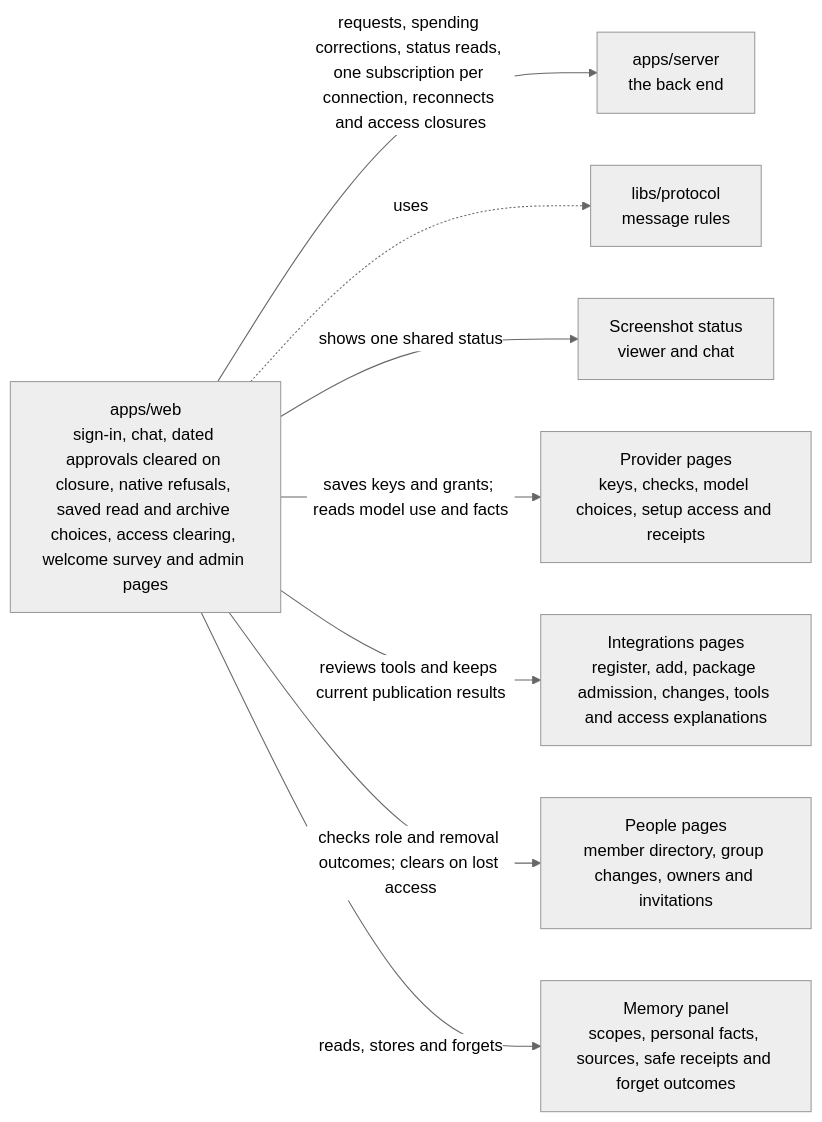
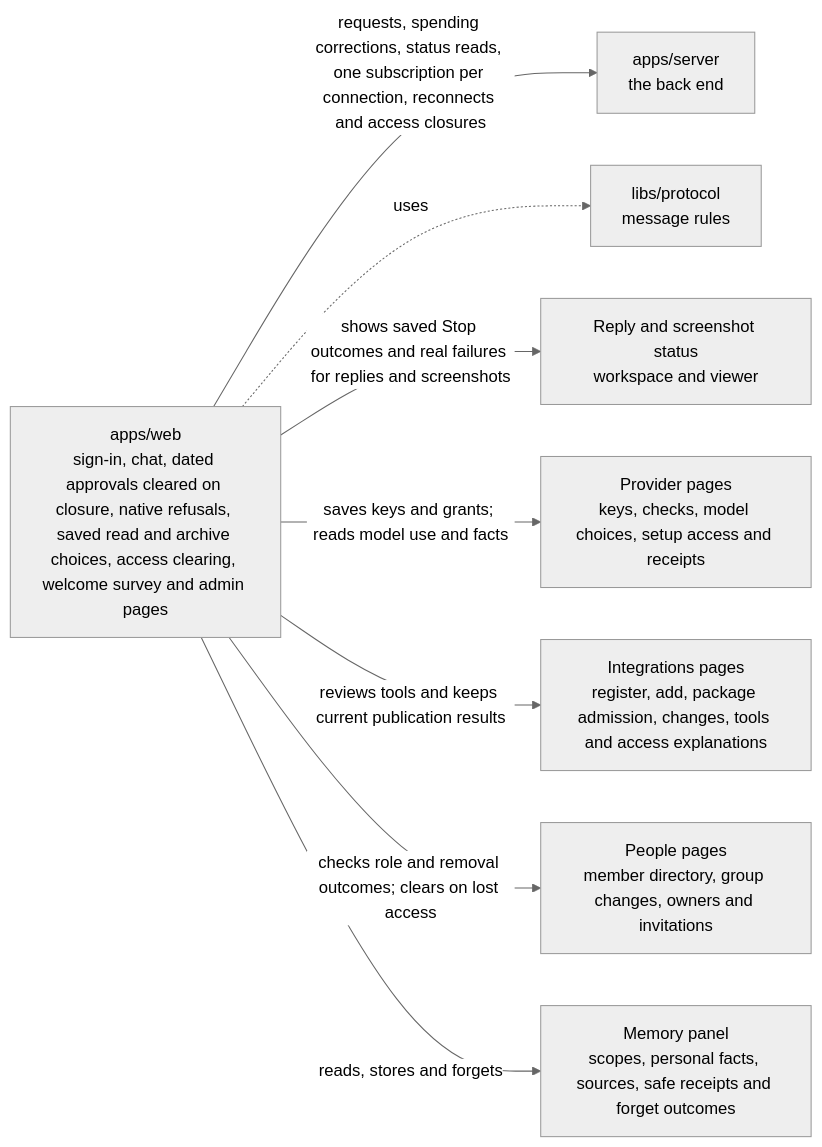
Before and after one commit to elewa-git/opencrane-new: the diagram in apps/web/README.md, drawn with Mermaid (neutral theme). The commit also changed other lines of this file and 43 other files, not shown here.

First line of the commit message:
🛑 A stopped reply shows only Stopped with its kept text, and real failures after a Stop stay visible (#554)

````diff
--- a/apps/web/README.md
+++ b/apps/web/README.md
@@ -11,10 +11,10 @@
 ```mermaid
 flowchart LR
   web["apps/web<br/>sign-in, chat, dated approvals cleared on closure, native refusals, saved read and archive choices, access clearing, welcome survey and admin pages"] -->|requests, spending corrections, status reads, one subscription per connection, reconnects and access closures| server["apps/server<br/>the back end"]
   web -.->|uses| protocol["libs/protocol<br/>message rules"]
-  web -->|shows one shared status| capture["Screenshot status<br/>viewer and chat"]
+  web -->|shows saved Stop outcomes and real failures for replies and screenshots| capture["Reply and screenshot status<br/>workspace and viewer"]
   web -->|saves keys and grants; reads model use and facts| providers["Provider pages<br/>keys, checks, model choices, setup access and receipts"]
   web -->|reviews tools and keeps current publication results| integrations["Integrations pages<br/>register, add, package admission, changes, tools and access explanations"]
   web -->|checks role and removal outcomes; clears on lost access| people["People pages<br/>member directory, group changes, owners and invitations"]
   web -->|reads, stores and forgets| memory["Memory panel<br/>scopes, personal facts, sources, safe receipts and forget outcomes"]
 ```
````
